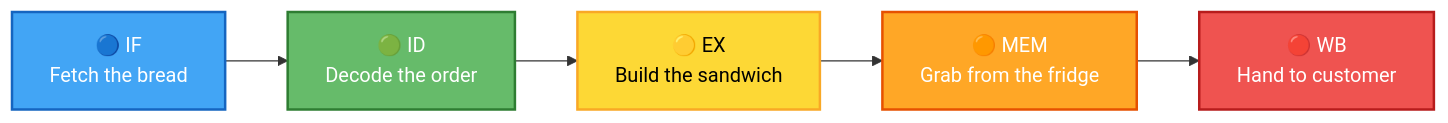
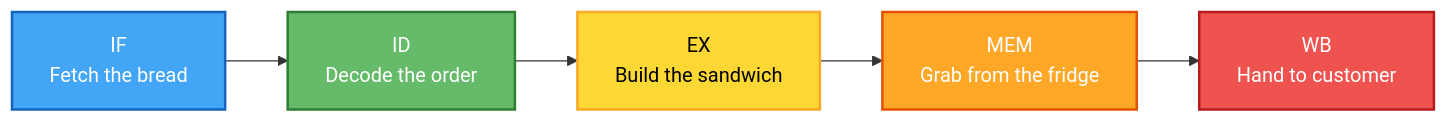
One commit to hjsanjana/riscv-uvm-pipeline changed the second of 10 diagrams in README.md. Above: the diagram before and after it, drawn with Mermaid. The commit also changed other lines of this file, not shown here.

Commit message:
Remove emoji from README, keep colors and diagrams

````diff
--- a/README.md
+++ b/README.md
@@ -66,10 +66,10 @@
 ```mermaid
 flowchart LR
-    IF["🔵 IF<br/>Fetch the bread"]:::if --> ID["🟢 ID<br/>Decode the order"]:::id --> EX["🟡 EX<br/>Build the sandwich"]:::ex --> MEM["🟠 MEM<br/>Grab from the fridge"]:::mem --> WB["🔴 WB<br/>Hand to customer"]:::wb
+    IF["IF<br/>Fetch the bread"]:::if --> ID["ID<br/>Decode the order"]:::id --> EX["EX<br/>Build the sandwich"]:::ex --> MEM["MEM<br/>Grab from the fridge"]:::mem --> WB["WB<br/>Hand to customer"]:::wb
 
     classDef if fill:#42a5f5,color:#fff,stroke:#1565c0,stroke-width:2px
     classDef id fill:#66bb6a,color:#fff,stroke:#2e7d32,stroke-width:2px
     classDef ex fill:#fdd835,color:#000,stroke:#f9a825,stroke-width:2px
     classDef mem fill:#ffa726,color:#fff,stroke:#e65100,stroke-width:2px
     classDef wb fill:#ef5350,color:#fff,stroke:#b71c1c,stroke-width:2px
 ```
````
